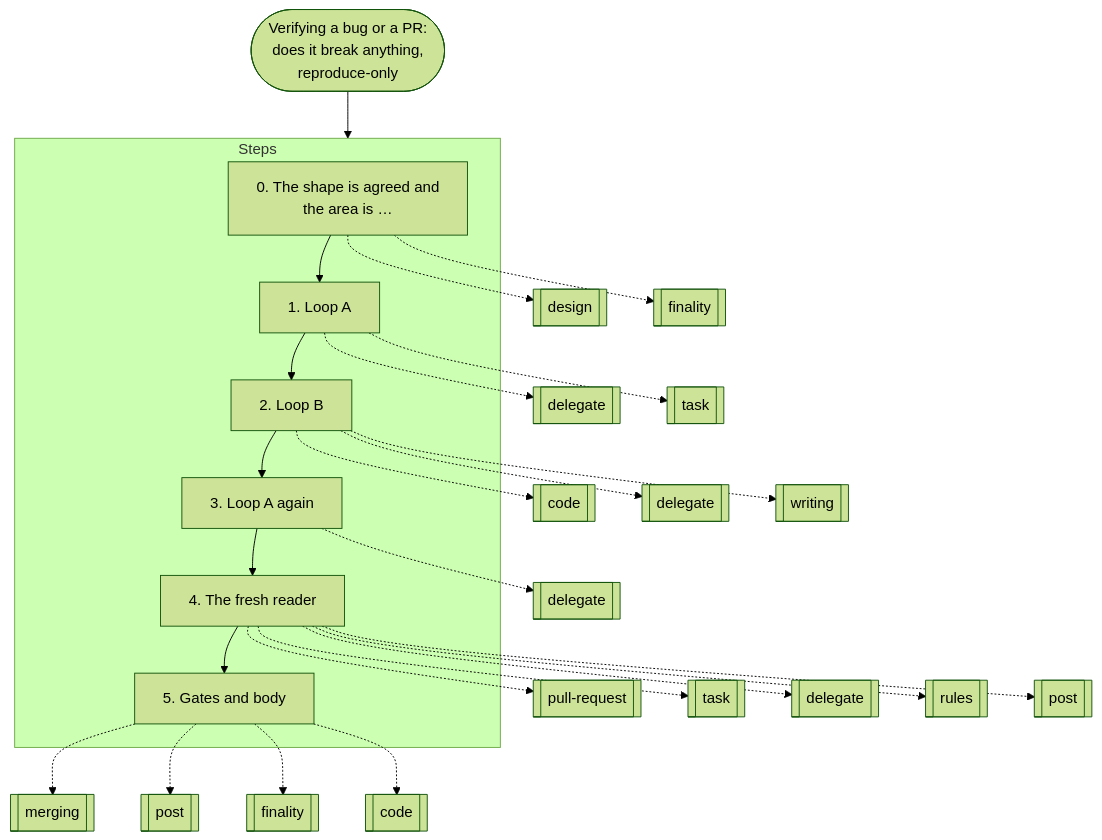
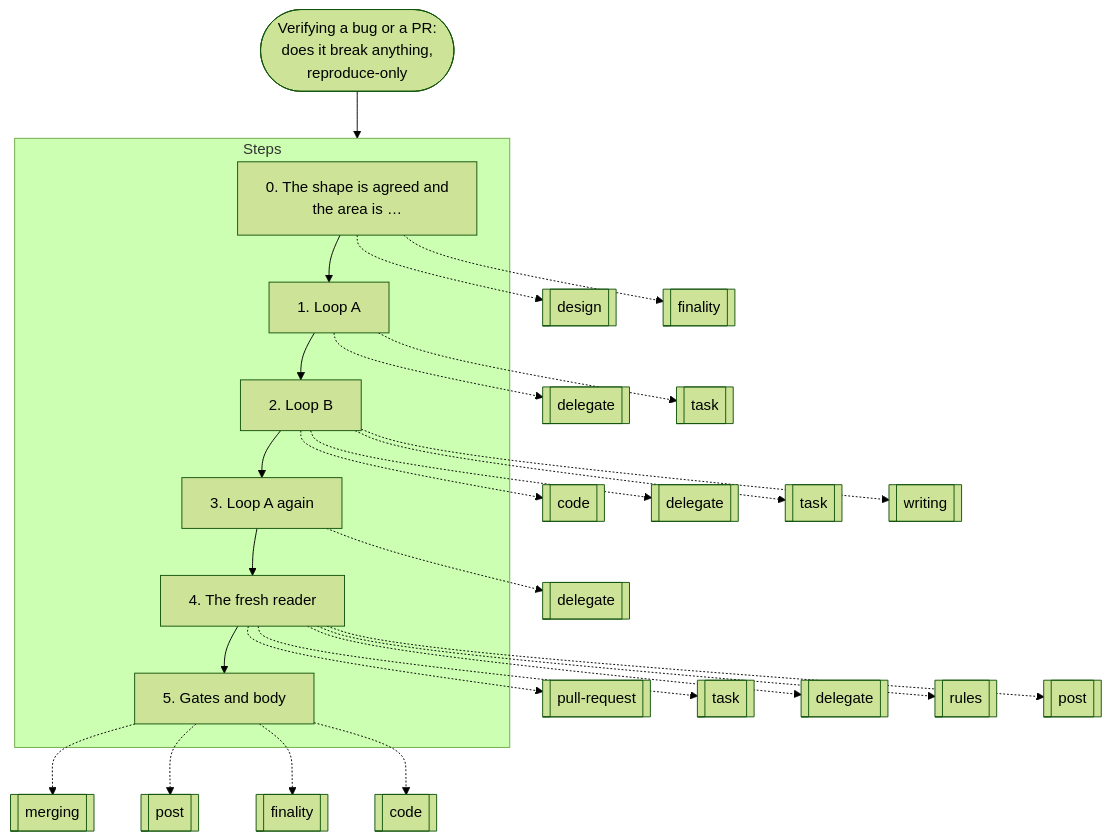
Before and after one commit to nitedani/mergeworthy: diagram 12 of 19 in docs/graphs.md, drawn with Mermaid (forest theme). The commit also changed other lines of this file and 12 other files, not shown here.

````diff
--- a/docs/graphs.md
+++ b/docs/graphs.md
@@ -335,35 +337,36 @@
 ```mermaid
 flowchart TB
   start(["Verifying a bug or a PR:<br/>does it break anything,<br/>reproduce-only"])
   subgraph g0["Steps"]
     s0["0. The shape is agreed and<br/>the area is …"]
     s1["1. Loop A"]
     s0 --> s1
     s2["2. Loop B"]
     s1 --> s2
     s3["3. Loop A again"]
     s2 --> s3
     s4["4. The fresh reader"]
     s3 --> s4
     s5["5. Gates and body"]
     s4 --> s5
   end
   s0 -.-> r1[["design"]]
   s0 -.-> r2[["finality"]]
   s1 -.-> r3[["delegate"]]
   s1 -.-> r4[["task"]]
   s2 -.-> r5[["code"]]
   s2 -.-> r6[["delegate"]]
-  s2 -.-> r7[["writing"]]
-  s3 -.-> r8[["delegate"]]
-  s4 -.-> r9[["pull-request"]]
-  s4 -.-> r10[["task"]]
-  s4 -.-> r11[["delegate"]]
-  s4 -.-> r12[["rules"]]
-  s4 -.-> r13[["post"]]
-  s5 -.-> r14[["merging"]]
-  s5 -.-> r15[["post"]]
-  s5 -.-> r16[["finality"]]
-  s5 -.-> r17[["code"]]
+  s2 -.-> r7[["task"]]
+  s2 -.-> r8[["writing"]]
+  s3 -.-> r9[["delegate"]]
+  s4 -.-> r10[["pull-request"]]
+  s4 -.-> r11[["task"]]
+  s4 -.-> r12[["delegate"]]
+  s4 -.-> r13[["rules"]]
+  s4 -.-> r14[["post"]]
+  s5 -.-> r15[["merging"]]
+  s5 -.-> r16[["post"]]
+  s5 -.-> r17[["finality"]]
+  s5 -.-> r18[["code"]]
   start --> g0
 ```
````
